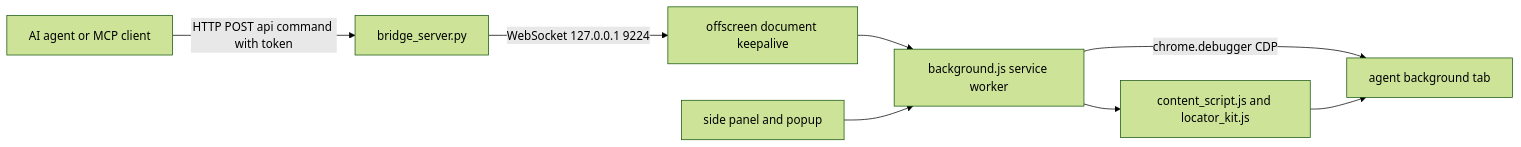
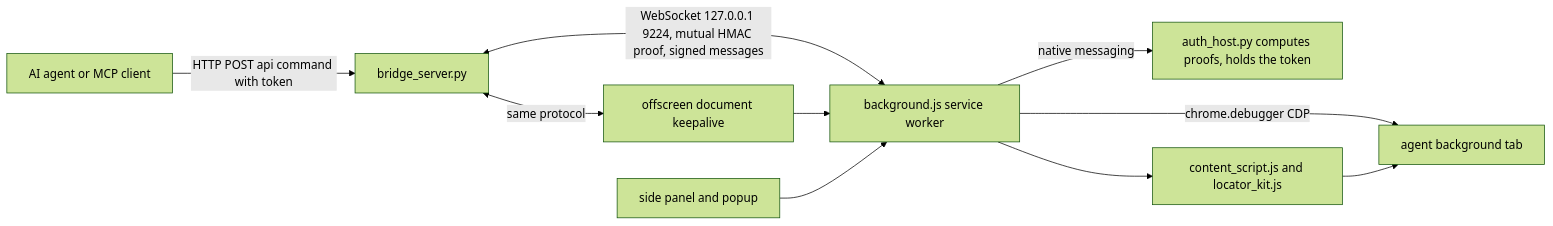
The diagram in README.md (pironjulien/NexusBrowser), drawn with Mermaid (forest theme) before and after one commit. The commit also changed other lines of this file and 16 other files, not shown here.

Commit message:
Update to Antigravity Browser Bridge 2.3.0: WebSocket authenticated in both directions (HMAC challenge-response, signed messages, native messaging host holding the token), real side panel, resend of a provably lost out-of-process iframe click, stable offline tests

````diff
--- a/README.md
+++ b/README.md
@@ -98,10 +105,12 @@
 ```mermaid
 flowchart LR
     Agent["AI agent or MCP client"] -->|"HTTP POST api command with token"| Server["bridge_server.py"]
-    Server -->|"WebSocket 127.0.0.1 9224"| Offscreen["offscreen document keepalive"]
-    Offscreen --> SW["background.js service worker"]
+    Server <-->|"WebSocket 127.0.0.1 9224, mutual HMAC proof, signed messages"| SW["background.js service worker"]
+    Server <-->|"same protocol"| Offscreen["offscreen document keepalive"]
+    SW -->|"native messaging"| Auth["auth_host.py computes proofs, holds the token"]
+    Offscreen --> SW
     SW -->|"chrome.debugger CDP"| Tab["agent background tab"]
     SW --> Content["content_script.js and locator_kit.js"]
     Content --> Tab
     Panel["side panel and popup"] --> SW
 ```
````
